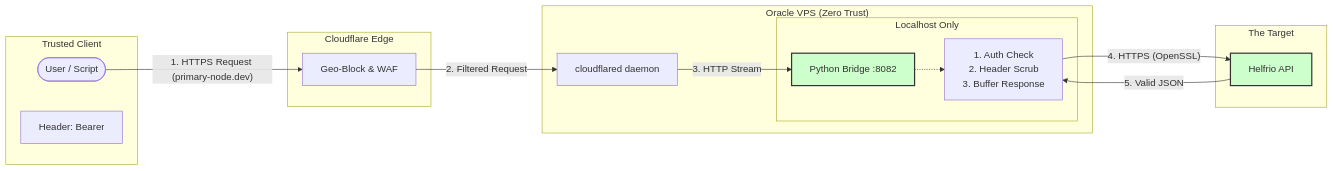
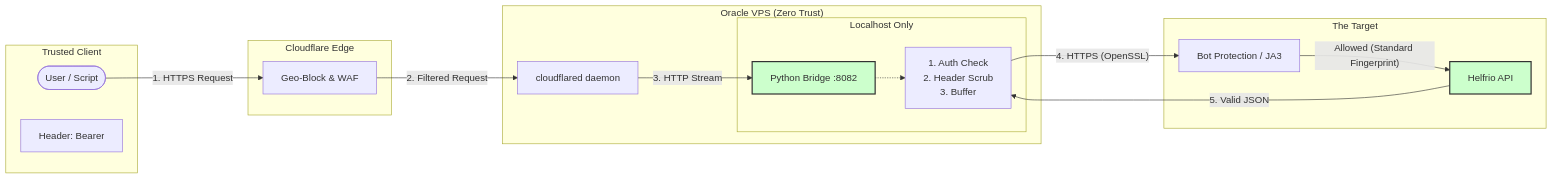
The sixth of 6 diagrams in README.md (Microck/ja3-bypass-gateway), drawn with Mermaid before and after one commit. The commit also changed other lines of this file, not shown here.

Commit message:
Fix formatting and improve diagram clarity in README

````diff
--- a/README.md
+++ b/README.md
@@ -319,34 +317,38 @@
 ```mermaid
 graph LR
     subgraph "Trusted Client"
-        User([User / Script])
+        User(["User / Script"])
         Auth["Header: Bearer <GATEWAY_PASSWORD>"]
     end
 
     subgraph "Cloudflare Edge"
-        CF_WAF[Geo-Block & WAF]
+        CF_WAF["Geo-Block & WAF"]
     end
 
     subgraph "Oracle VPS (Zero Trust)"
-        Tunnel[cloudflared daemon]
+        Tunnel["cloudflared daemon"]
         
         subgraph "Localhost Only"
-            Python[Python Bridge :8082]
-            Logic[1. Auth Check<br/>2. Header Scrub<br/>3. Buffer Response]
+            Python["Python Bridge :8082"]
+            Logic["1. Auth Check<br/>2. Header Scrub<br/>3. Buffer"]
         end
     end
 
     subgraph "The Target"
-        Upstream[Helfrio API]
+        TargetWAF["Bot Protection / JA3"]
+        Upstream["Helfrio API"]
     end
 
-    User -- "1. HTTPS Request (primary-node.dev)" --> CF_WAF
+    User -- "1. HTTPS Request" --> CF_WAF
     CF_WAF -- "2. Filtered Request" --> Tunnel
     Tunnel -- "3. HTTP Stream" --> Python
     Python -.-> Logic
-    Logic -- "4. HTTPS (OpenSSL)" --> Upstream
+    
+    %% The Success Flow
+    Logic -- "4. HTTPS (OpenSSL)" --> TargetWAF
+    TargetWAF -- "Allowed (Standard Fingerprint)" --> Upstream
     Upstream -- "5. Valid JSON" --> Logic
     
     style Python fill:#ccffcc,stroke:#333,stroke-width:2px
     style Upstream fill:#ccffcc,stroke:#333,stroke-width:2px
 ```
````
